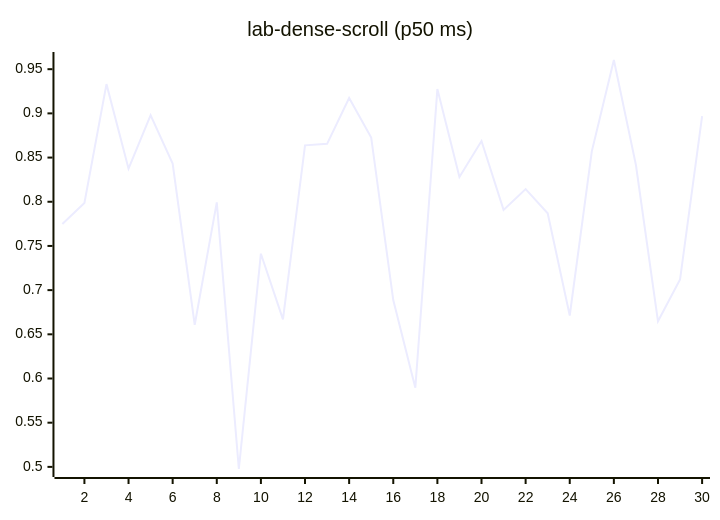
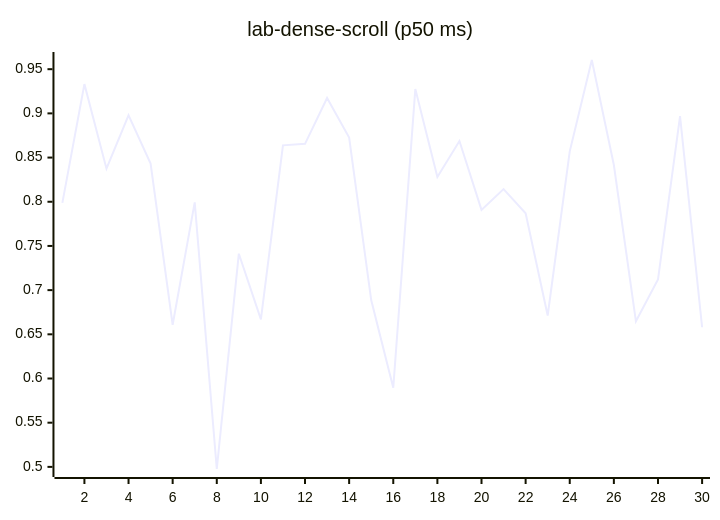
Before and after one commit to josha/Facet: diagram 12 of 27 in README.md, drawn with Mermaid. The commit also changed other lines of this file and 2 other files, not shown here.

````diff
--- a/README.md
+++ b/README.md
@@ -140,6 +140,6 @@
 ```mermaid
 xychart-beta
     title "lab-dense-scroll (p50 ms)"
     x-axis 1 --> 30
-    line [0.7748, 0.7987, 0.9331, 0.8374, 0.8979, 0.8432, 0.6608, 0.7993, 0.4976, 0.7412, 0.6669, 0.8638, 0.8655, 0.9174, 0.8727, 0.6887, 0.5895, 0.9275, 0.8280, 0.8687, 0.7908, 0.8143, 0.7869, 0.6713, 0.8570, 0.9604, 0.8416, 0.6647, 0.7120, 0.8968]
+    line [0.7987, 0.9331, 0.8374, 0.8979, 0.8432, 0.6608, 0.7993, 0.4976, 0.7412, 0.6669, 0.8638, 0.8655, 0.9174, 0.8727, 0.6887, 0.5895, 0.9275, 0.8280, 0.8687, 0.7908, 0.8143, 0.7869, 0.6713, 0.8570, 0.9604, 0.8416, 0.6647, 0.7120, 0.8968, 0.6580]
 ```
````
